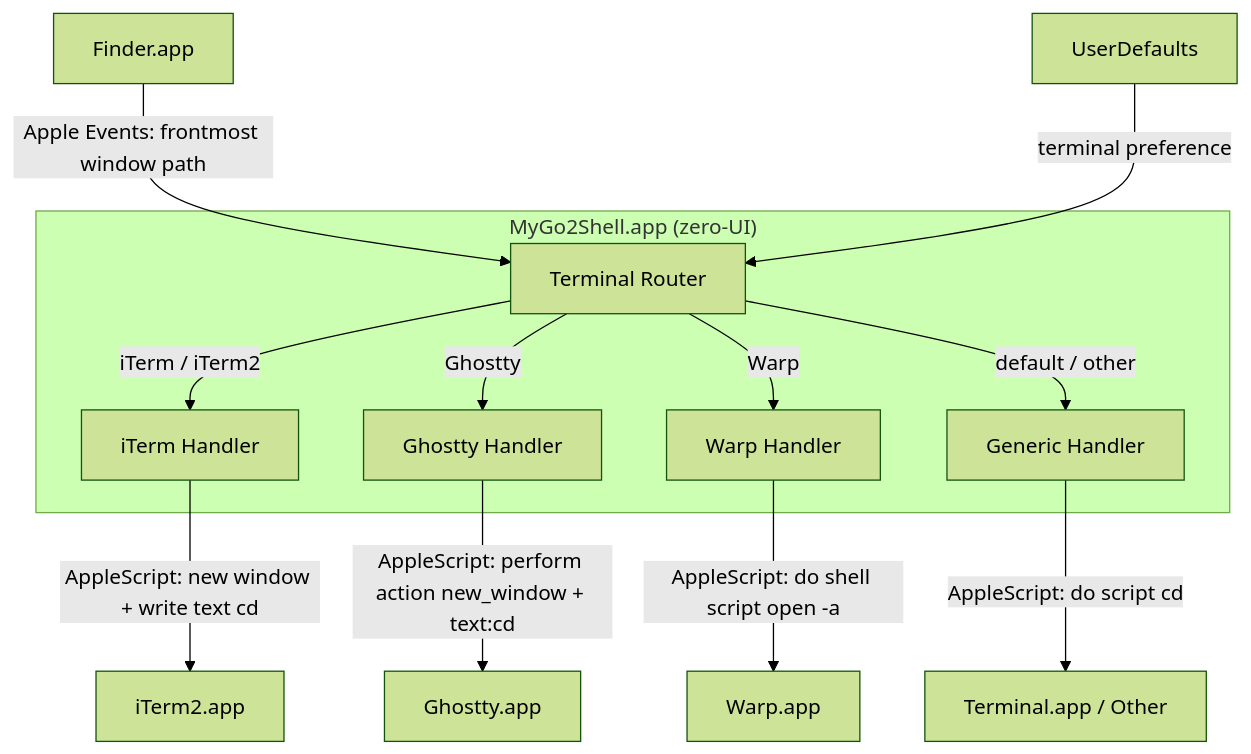
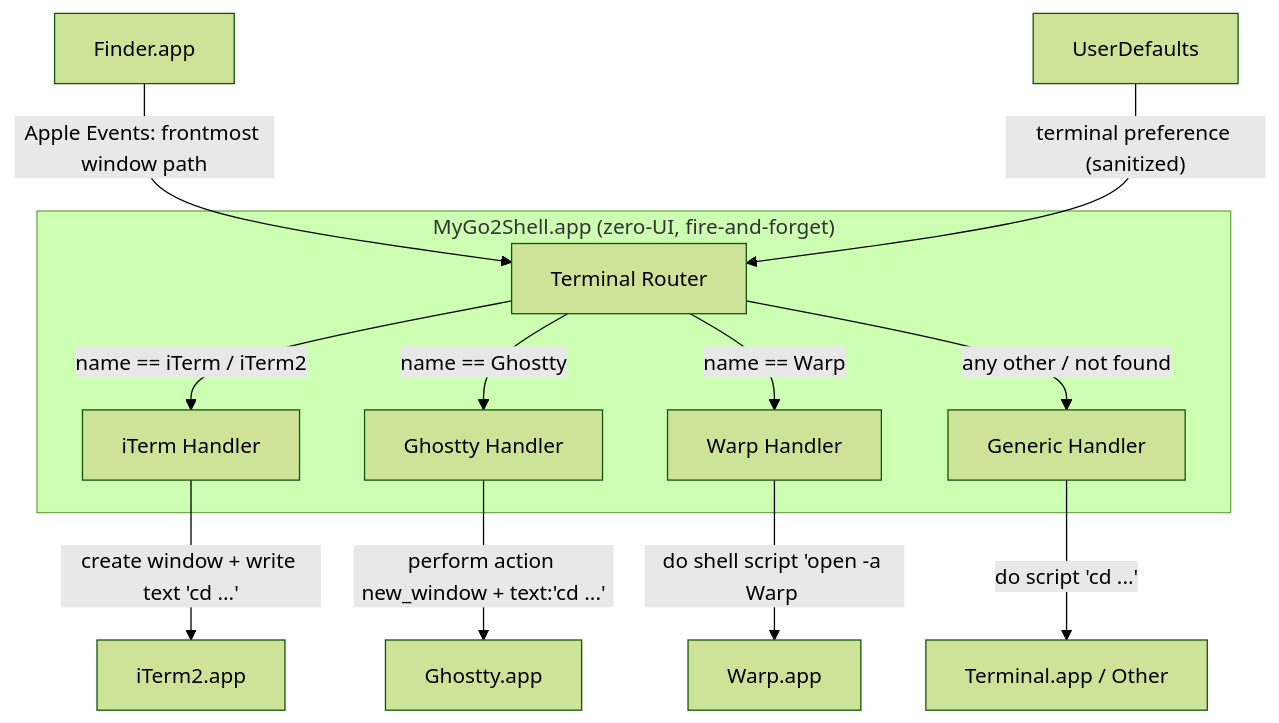
The diagram in README.md (yuman07/MyGo2Shell), drawn with Mermaid (forest theme) before and after one commit. The commit also changed other lines of this file and 1 other file, not shown here.

First line of the commit message:
Rewrite README (EN/ZH) to match write-readme template

````diff
--- a/README.md
+++ b/README.md
@@ -202,17 +231,17 @@
 ```mermaid
 graph TD
     Finder[Finder.app] -->|"Apple Events: frontmost window path"| Router
-    UD[UserDefaults] -->|"terminal preference"| Router
+    UD[UserDefaults] -->|"terminal preference (sanitized)"| Router
 
-    subgraph App["MyGo2Shell.app (zero-UI)"]
-        Router[Terminal Router] -->|"iTerm / iTerm2"| IH[iTerm Handler]
-        Router -->|"Ghostty"| GtH[Ghostty Handler]
-        Router -->|"Warp"| WH[Warp Handler]
-        Router -->|"default / other"| GH[Generic Handler]
+    subgraph App["MyGo2Shell.app (zero-UI, fire-and-forget)"]
+        Router[Terminal Router] -->|"name == iTerm / iTerm2"| IH[iTerm Handler]
+        Router -->|"name == Ghostty"| GtH[Ghostty Handler]
+        Router -->|"name == Warp"| WH[Warp Handler]
+        Router -->|"any other / not found"| GH[Generic Handler]
     end
 
-    IH -->|"AppleScript: new window + write text cd"| iTerm[iTerm2.app]
-    GtH -->|"AppleScript: perform action new_window + text:cd"| Ghostty[Ghostty.app]
-    WH -->|"AppleScript: do shell script open -a"| Warp[Warp.app]
-    GH -->|"AppleScript: do script cd"| Term["Terminal.app / Other"]
+    IH -->|"create window + write text 'cd ...'"| iTerm[iTerm2.app]
+    GtH -->|"perform action new_window + text:'cd ...'"| Ghostty[Ghostty.app]
+    WH -->|"do shell script 'open -a Warp <path>'"| Warp[Warp.app]
+    GH -->|"do script 'cd ...'"| Term["Terminal.app / Other"]
 ```
````
